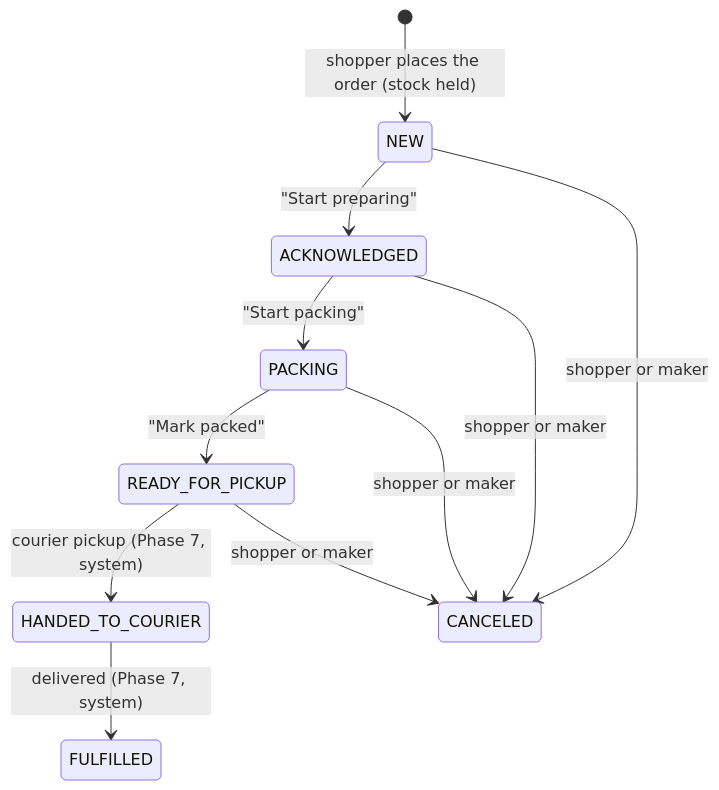
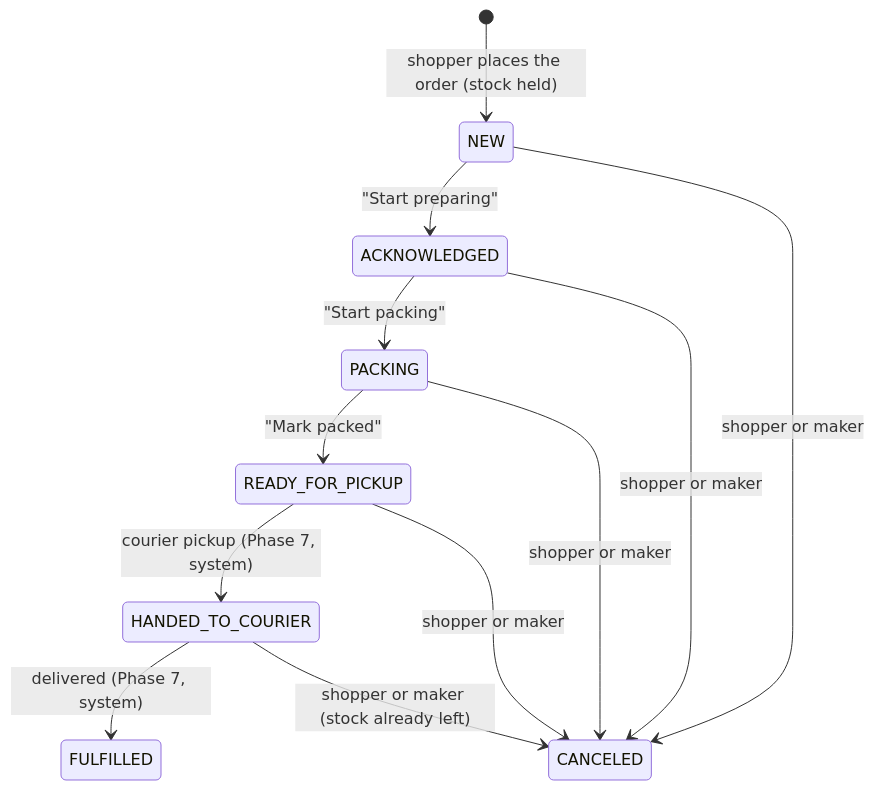
One commit to harshrraj4937/mvmp changed the third of 3 diagrams in docs/merchant-workflow.md. Above: the diagram before and after it, drawn with Mermaid. The commit also changed other lines of this file and 6 other files, not shown here.

````diff
--- a/docs/merchant-workflow.md
+++ b/docs/merchant-workflow.md
@@ -158,13 +158,14 @@
 ```mermaid
 stateDiagram-v2
     [*] --> NEW: shopper places the order (stock held)
     NEW --> ACKNOWLEDGED: "Start preparing"
     ACKNOWLEDGED --> PACKING: "Start packing"
     PACKING --> READY_FOR_PICKUP: "Mark packed"
     READY_FOR_PICKUP --> HANDED_TO_COURIER: courier pickup (Phase 7, system)
     HANDED_TO_COURIER --> FULFILLED: delivered (Phase 7, system)
     NEW --> CANCELED: shopper or maker
     ACKNOWLEDGED --> CANCELED: shopper or maker
     PACKING --> CANCELED: shopper or maker
     READY_FOR_PICKUP --> CANCELED: shopper or maker
+    HANDED_TO_COURIER --> CANCELED: shopper or maker (stock already left)
 ```
````
